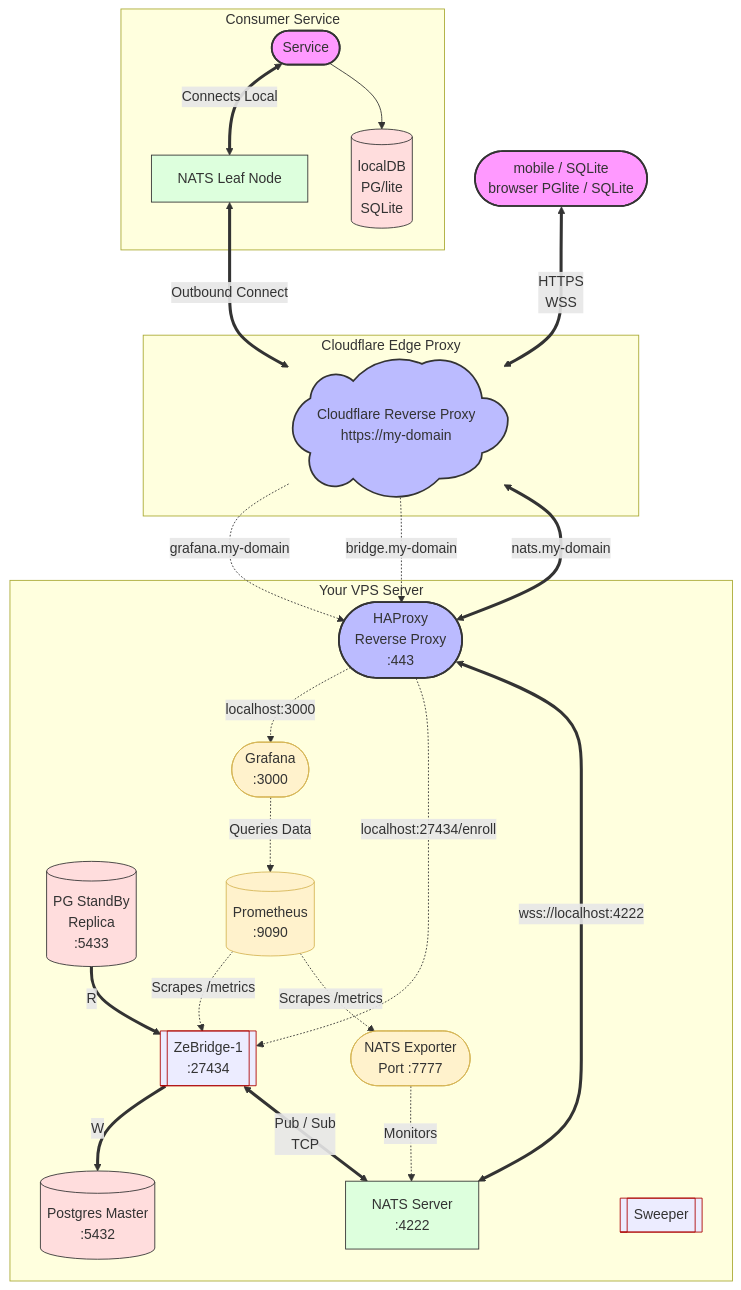
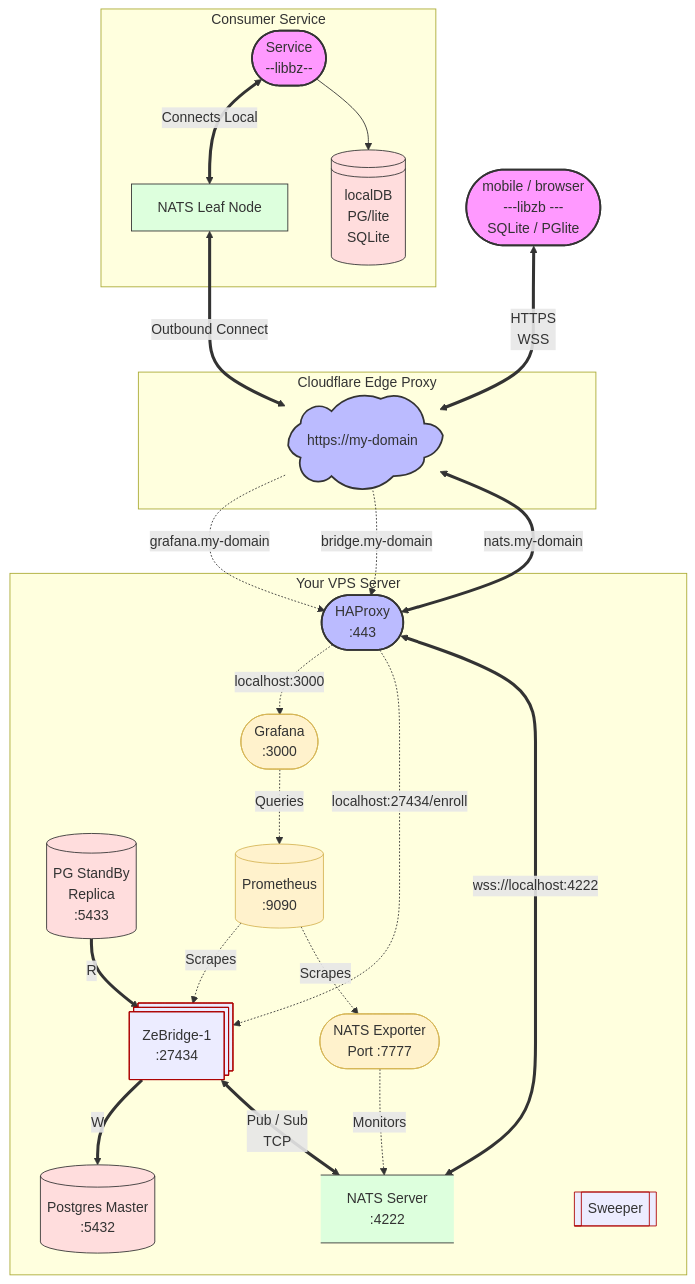
One commit to ndrean/ZeBridge changed the second of 3 diagrams in README.md. Above: the diagram before and after it, drawn with Mermaid. The commit also changed other lines of this file and 5 other files, not shown here.

````diff
--- a/README.md
+++ b/README.md
@@ -126,71 +117,74 @@
 ```mermaid
 graph TD
     %% Styling and Definitions
     classDef external fill:#f9f,stroke:#333,stroke-width:2px;
     classDef proxy fill:#bbf,stroke:#333,stroke-width:2px;
     classDef internal fill:#dfd,stroke:#333,stroke-width:1px;
     classDef secure fill:#fdd,stroke:#333,stroke-width:1px;
     classDef telemetry fill:#fff2cc,stroke:#d6b656,stroke-width:1px;
     classDef bridge fill:##bdf3ff,stroke:#ac0100,stroke-with:2px;
 
     %% External Clients
-    User([mobile / SQLite <br> browser PGlite / SQLite]):::external
+    User([mobile / browser <br> ---libzb --- <br>SQLite / PGlite]):::external
     LocalDB[(localDB <br>PG/lite<br>SQLite)]:::secure
+    LocalDB@{shape: lin-cyl}
     RemoteLeaf[NATS Leaf Node]:::internal
-    Consumer([Service]):::external
+    Consumer([Service <br> --libbz--]):::external
 
     %% Cloudflare Edge
     subgraph Cloudflare_Network  [Cloudflare Edge Proxy]
-        CF([Cloudflare Reverse Proxy <br> https://my-domain]):::proxy
+        CF([https://my-domain]):::proxy
         CF@{ shape: cloud}
     end
 
     %% VPS Boundary
     subgraph VPS [Your VPS Server]
-        HA([HAProxy <br>Reverse Proxy<br>:443]):::proxy
+        HA([HAProxy<br>:443]):::proxy
         
         %% Internal Apps
         Bridge[[ZeBridge-1<br> :27434]]:::bridge
+        Bridge@{shape: st-rect}
         PG[(Postgres Master <br> :5432)]:::secure
         PGREP[(PG StandBy<br>Replica<br>:5433)]:::secure
         NATS[NATS Server<br> :4222]:::internal
+        NATS@{shape: data-store}
         
         %% Telemetry & Monitoring Stack
         Grafana([Grafana <br> :3000]):::telemetry
         Prom[(Prometheus<br> :9090)]:::telemetry
         NatsExp([NATS Exporter<br>Port :7777]):::telemetry
         Sweeper[[Sweeper]]:::bridge
     end
 
     subgraph Consumer Service
       Consumer
       LocalDB
       RemoteLeaf
     end
     %% External Connections to Cloudflare
     User <==>|HTTPS <br> WSS| CF
     RemoteLeaf <==>|Outbound Connect| CF
     Consumer <==>|Connects Local| RemoteLeaf
     Consumer -->LocalDB
 
     %% Cloudflare to HAProxy Subdomain Routing
     CF -.->|grafana.my-domain| HA
     CF -.->|bridge.my-domain| HA
     CF <==>|nats.my-domain| HA
 
     %% HAProxy Internal Layer 7 Routing
     HA -.->|localhost:3000| Grafana
     HA -.->|localhost:27434/enroll| Bridge
     HA <==>|wss://localhost:4222| NATS
 
     %% Internal Component Dependencies
     Bridge ==>|W| PG
     PGREP ==>|R|Bridge
     Bridge <==>|Pub / Sub <br> TCP| NATS
     
     %% Telemetry Data Flow
-    Prom -.->|Scrapes /metrics| Bridge
-    Prom -.->|Scrapes /metrics| NatsExp
+    Prom -.->|Scrapes| Bridge
+    Prom -.->|Scrapes| NatsExp
     NatsExp -.->|Monitors| NATS
-    Grafana -.->|Queries Data| Prom
+    Grafana -.->|Queries| Prom
 ```
````
